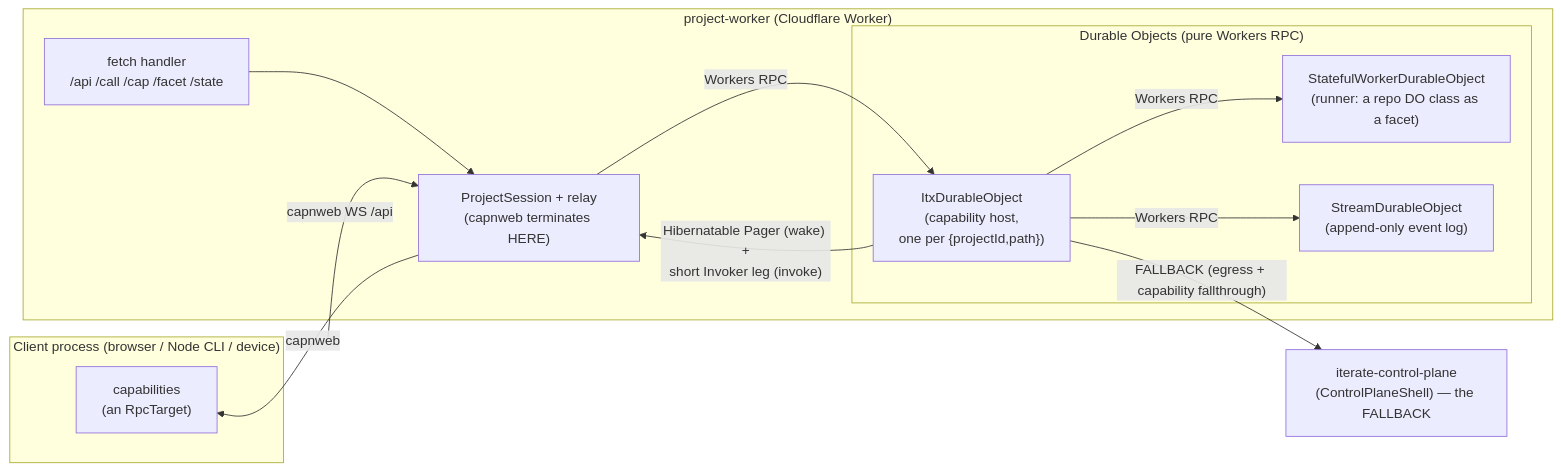
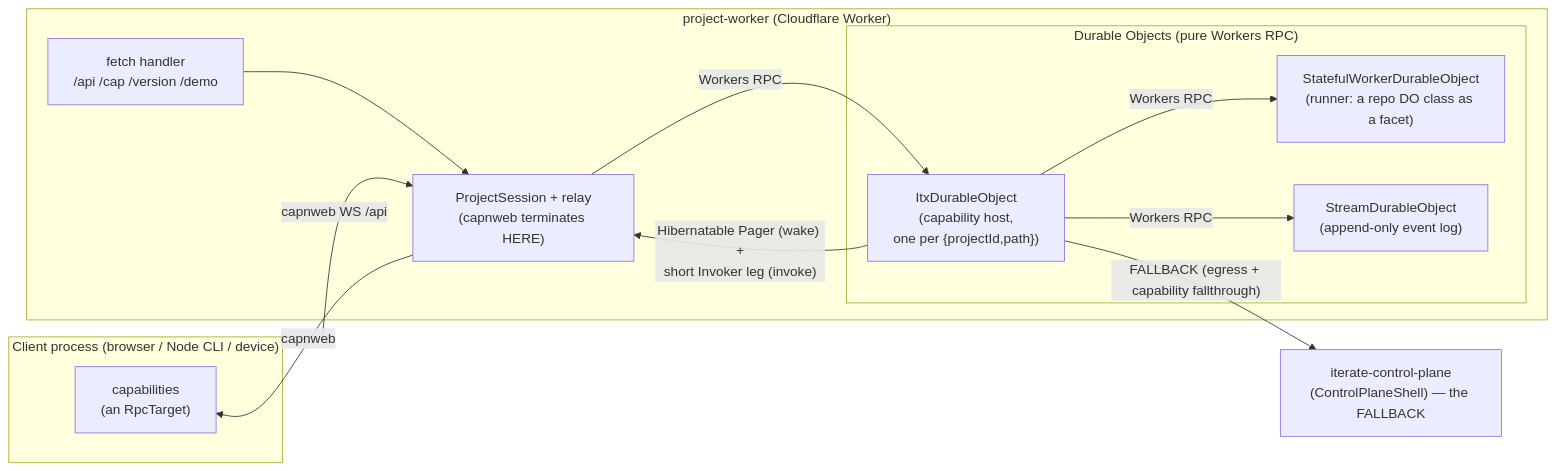
The first of 4 diagrams in packages/v3/project-worker/ARCHITECTURE.md (iterate/iterate), drawn with Mermaid before and after one commit. The commit also changed other lines of this file and 1 other file, not shown here.

````diff
--- a/packages/v3/project-worker/ARCHITECTURE.md
+++ b/packages/v3/project-worker/ARCHITECTURE.md
@@ -29,27 +29,27 @@
 ```mermaid
 flowchart LR
   subgraph client["Client process (browser / Node CLI / device)"]
     caps["capabilities<br/>(an RpcTarget)"]
   end
 
   subgraph pw["project-worker (Cloudflare Worker)"]
-    edge["fetch handler<br/>/api /call /cap /facet /state"]
+    edge["fetch handler<br/>/api /cap /version /demo"]
     relay["ProjectSession + relay<br/>(capnweb terminates HERE)"]
     subgraph dos["Durable Objects (pure Workers RPC)"]
       itx["ItxDurableObject<br/>(capability host,<br/>one per {projectId,path})"]
       sw["StatefulWorkerDurableObject<br/>(runner: a repo DO class as a facet)"]
       st["StreamDurableObject<br/>(append-only event log)"]
     end
   end
 
   cp["iterate-control-plane<br/>(ControlPlaneShell) — the FALLBACK"]
 
   client -- "capnweb WS /api" --> relay
   edge --> relay
   relay -- "Workers RPC" --> itx
   itx -- "Hibernatable Pager (wake) +<br/>short Invoker leg (invoke)" --> relay
   relay -- "capnweb" --> caps
   itx -- "Workers RPC" --> sw
   itx -- "Workers RPC" --> st
   itx -- "FALLBACK (egress + capability fallthrough)" --> cp
 ```
````
